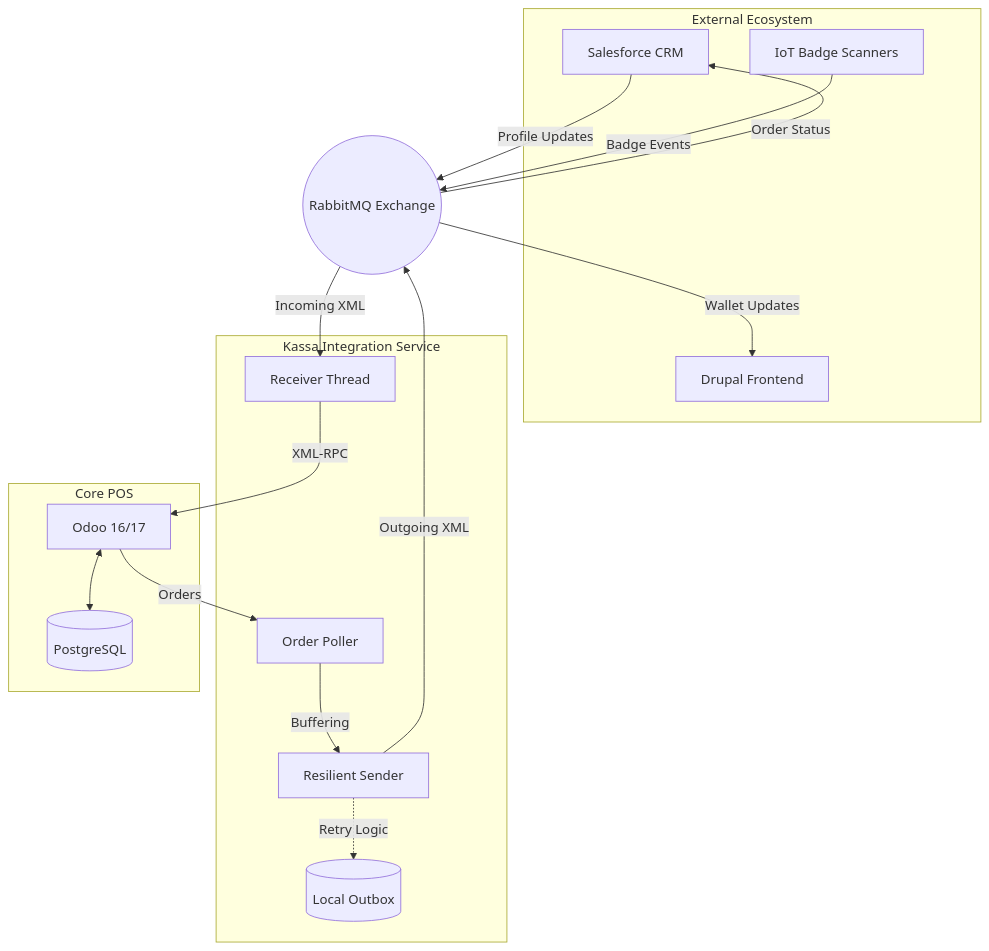
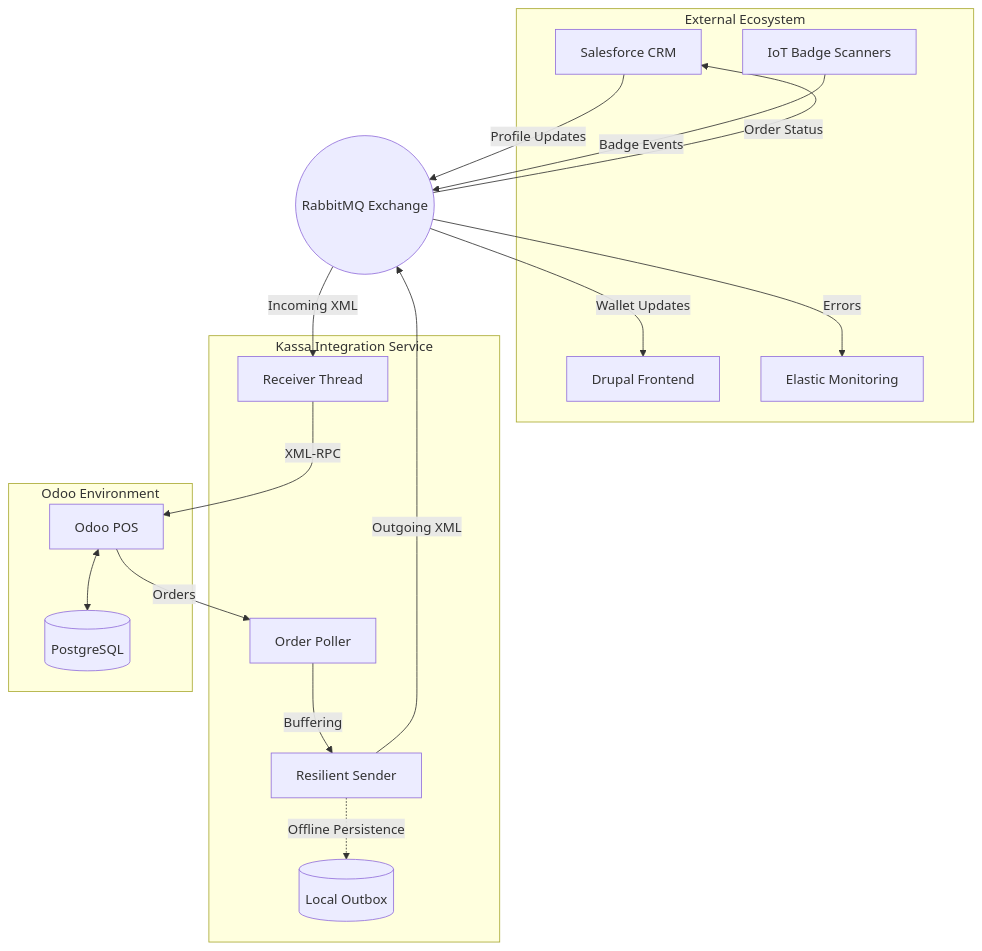
The diagram in README.md (IntegrationProject-Groep1/Kassa), drawn with Mermaid before and after one commit. The commit also changed other lines of this file, not shown here.

````diff
--- a/README.md
+++ b/README.md
@@ -53,36 +53,38 @@
 ```mermaid
 graph TD
     subgraph "External Ecosystem"
         CRM[Salesforce CRM]
         IoT[IoT Badge Scanners]
         Frontend[Drupal Frontend]
+        Monitor[Elastic Monitoring]
     end
 
     subgraph "Kassa Integration Service"
         Receiver[Receiver Thread]
         Poller[Order Poller]
         Sender[Resilient Sender]
         Outbox[(Local Outbox)]
     end
 
-    subgraph "Core POS"
-        Odoo[Odoo 16/17]
+    subgraph "Odoo Environment"
+        Odoo[Odoo POS]
         DB[(PostgreSQL)]
     end
 
     CRM -- "Profile Updates" --> RabbitMQ((RabbitMQ Exchange))
     IoT -- "Badge Events" --> RabbitMQ
     
     RabbitMQ -- "Incoming XML" --> Receiver
     Receiver -- "XML-RPC" --> Odoo
     
     Odoo -- "Orders" --> Poller
     Poller -- "Buffering" --> Sender
-    Sender -. "Retry Logic" .-> Outbox
+    Sender -. "Offline Persistence" .-> Outbox
     Sender -- "Outgoing XML" --> RabbitMQ
     
     RabbitMQ -- "Order Status" --> CRM
     RabbitMQ -- "Wallet Updates" --> Frontend
+    RabbitMQ -- "Errors" --> Monitor
     
     Odoo <--> DB
 ```
````
